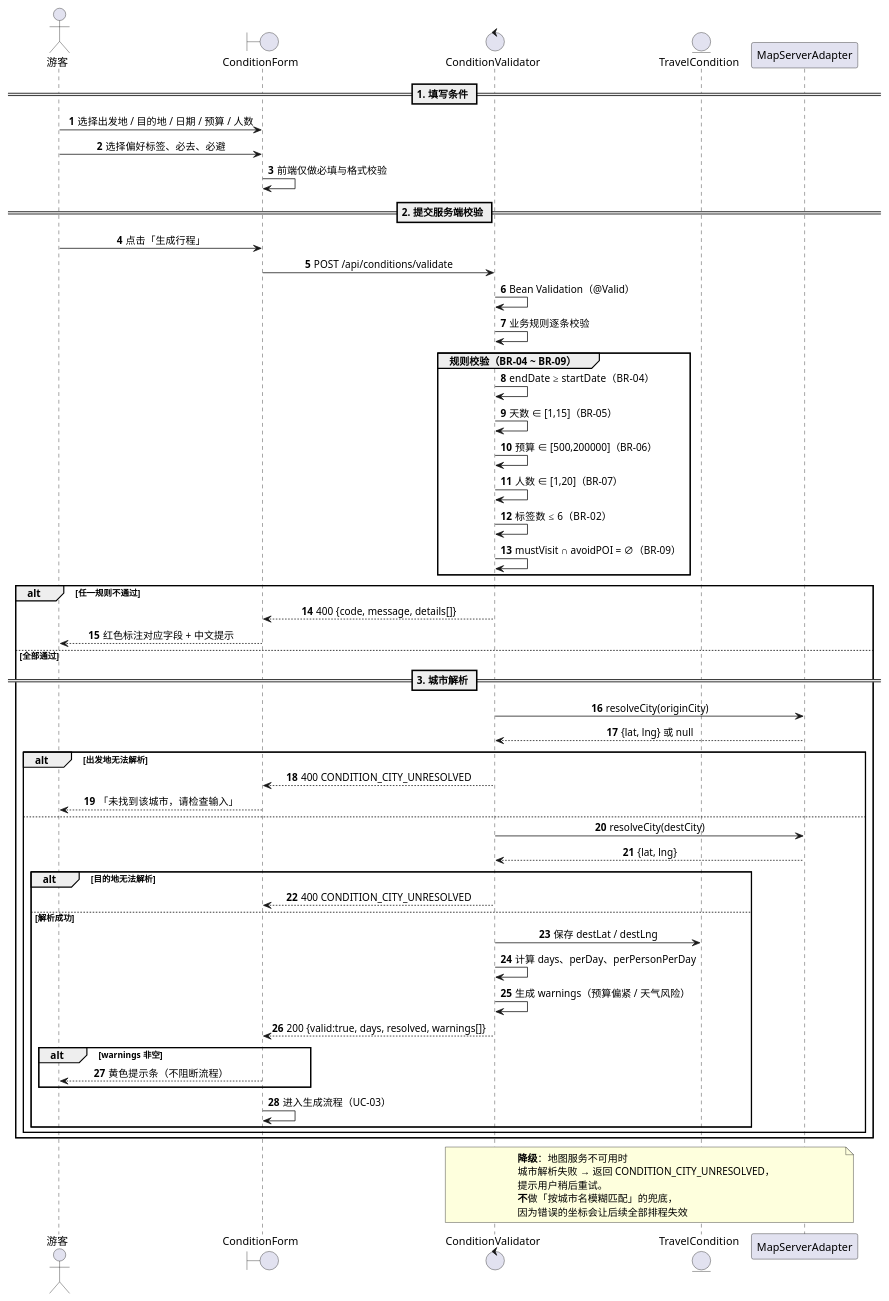
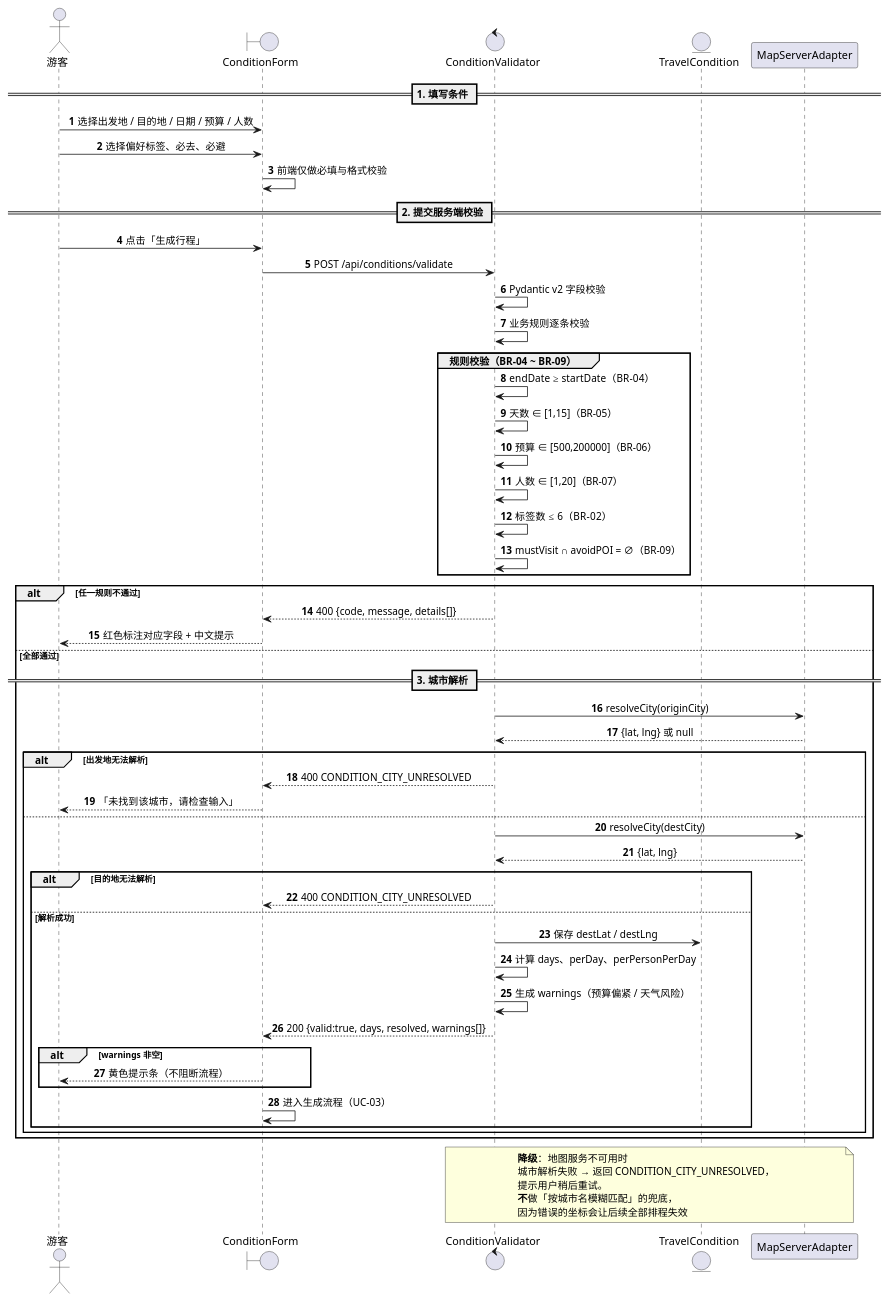
The diagram in docs/diagrams/seq-uc02-condition.puml (encoY3332333/transparent-umbrella), drawn with PlantUML before and after one commit. The commit also changed 28 other files, not shown here.

```diff
--- a/docs/diagrams/seq-uc02-condition.puml
+++ b/docs/diagrams/seq-uc02-condition.puml
@@ -1,72 +1,72 @@
 @startuml seq-uc02-condition
 ' UC-02 出行条件录入与校验 · 顺序图
 ' 对应 SRS 3.3.2 与 docs/api.md 2.1
 
 skinparam shadowing false
 skinparam defaultFontName "Microsoft YaHei"
 skinparam sequenceMessageAlign center
 autonumber
 
 actor "游客" as T
 boundary "ConditionForm" as UI
 control "ConditionValidator" as CV
 entity "TravelCondition" as TC
 participant "MapServerAdapter" as MSA
 
 == 1. 填写条件 ==
 T -> UI : 选择出发地 / 目的地 / 日期 / 预算 / 人数
 T -> UI : 选择偏好标签、必去、必避
 UI -> UI : 前端仅做必填与格式校验
 
 == 2. 提交服务端校验 ==
 T -> UI : 点击「生成行程」
 UI -> CV : POST /api/conditions/validate
-CV -> CV : Bean Validation（@Valid）
+CV -> CV : Pydantic v2 字段校验
 CV -> CV : 业务规则逐条校验
 
 group 规则校验（BR-04 ~ BR-09）
   CV -> CV : endDate ≥ startDate（BR-04）
   CV -> CV : 天数 ∈ [1,15]（BR-05）
   CV -> CV : 预算 ∈ [500,200000]（BR-06）
   CV -> CV : 人数 ∈ [1,20]（BR-07）
   CV -> CV : 标签数 ≤ 6（BR-02）
   CV -> CV : mustVisit ∩ avoidPOI = ∅（BR-09）
 end
 
 alt 任一规则不通过
   CV --> UI : 400 {code, message, details[]}
   UI --> T : 红色标注对应字段 + 中文提示
 else 全部通过
   == 3. 城市解析 ==
   CV -> MSA : resolveCity(originCity)
   MSA --> CV : {lat, lng} 或 null
   alt 出发地无法解析
     CV --> UI : 400 CONDITION_CITY_UNRESOLVED
     UI --> T : 「未找到该城市，请检查输入」
   else
     CV -> MSA : resolveCity(destCity)
     MSA --> CV : {lat, lng}
     alt 目的地无法解析
       CV --> UI : 400 CONDITION_CITY_UNRESOLVED
     else 解析成功
       CV -> TC : 保存 destLat / destLng
       CV -> CV : 计算 days、perDay、perPersonPerDay
       CV -> CV : 生成 warnings（预算偏紧 / 天气风险）
       CV --> UI : 200 {valid:true, days, resolved, warnings[]}
       alt warnings 非空
         UI --> T : 黄色提示条（不阻断流程）
       end
       UI -> UI : 进入生成流程（UC-03）
     end
   end
 end
 
 note over CV, MSA
   **降级**：地图服务不可用时
   城市解析失败 → 返回 CONDITION_CITY_UNRESOLVED，
   提示用户稍后重试。
   **不**做「按城市名模糊匹配」的兜底，
   因为错误的坐标会让后续全部排程失效
 end note
 
 @enduml
```
